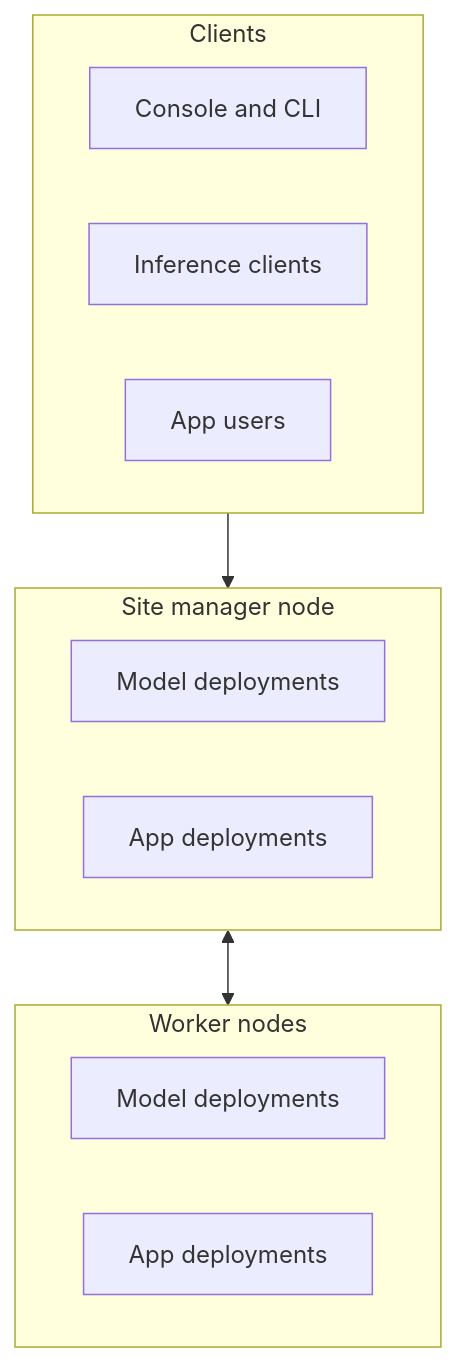
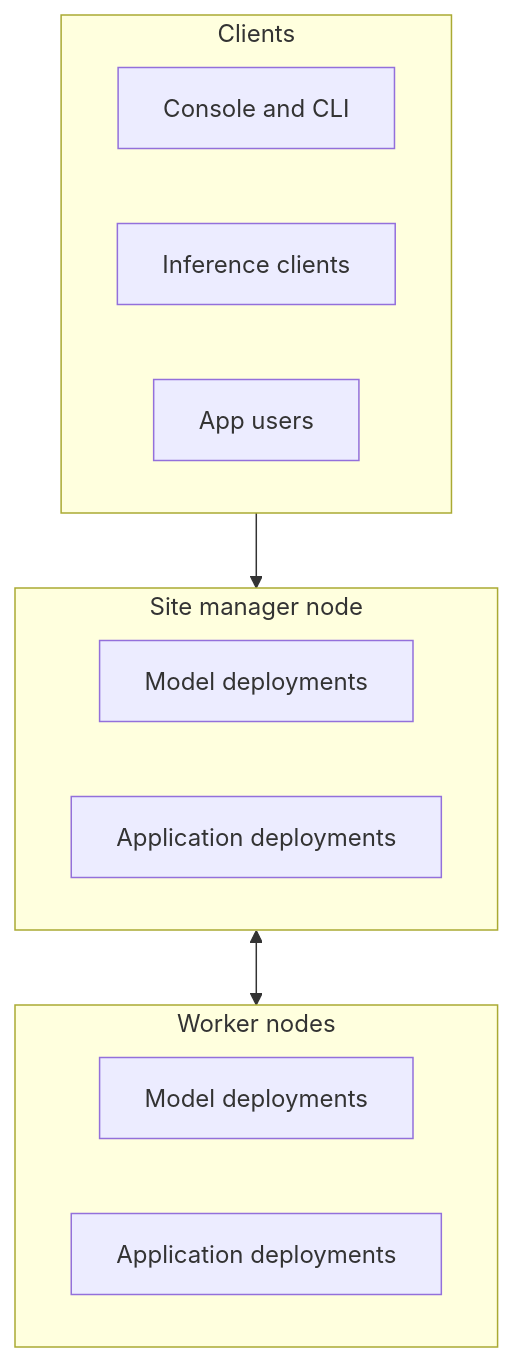
Before and after one commit to dotcoreai/dotcore: the first of 5 diagrams in docs/specs/README.md, drawn with Mermaid. The commit also changed other lines of this file and 3 other files, not shown here.

````diff
--- a/docs/specs/README.md
+++ b/docs/specs/README.md
@@ -31,18 +27,18 @@
 ```mermaid
 flowchart TB
   subgraph Clients
     CON["Console and CLI"]
     IC["Inference clients"]
     AU["App users"]
   end
   subgraph M["Site manager node"]
     MM["Model deployments"]
-    MA["App deployments"]
+    MA["Application deployments"]
   end
   subgraph W["Worker nodes"]
     WM["Model deployments"]
-    WA["App deployments"]
+    WA["Application deployments"]
   end
   Clients --> M
   M <--> W
 ```
````
